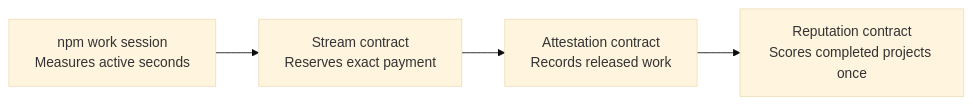
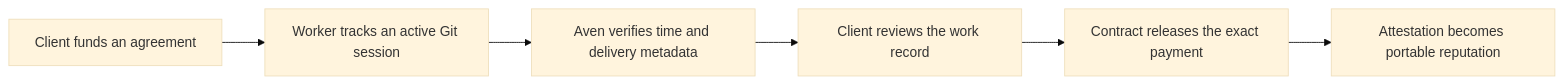
The diagram in README.md (Shivangi-Sharma06/aven), drawn with Mermaid (base theme) before and after one commit. The commit also changed other lines of this file, not shown here.

````diff
--- a/README.md
+++ b/README.md
@@ -11,6 +33,8 @@
 ```mermaid
 flowchart LR
-  A["npm work session<br/>Measures active seconds"] --> B["Stream contract<br/>Reserves exact payment"]
-  B --> C["Attestation contract<br/>Records released work"]
-  C --> D["Reputation contract<br/>Scores completed projects once"]
+  A["Client funds an agreement"] --> B["Worker tracks an active Git session"]
+  B --> C["Aven verifies time and delivery metadata"]
+  C --> D["Client reviews the work record"]
+  D --> E["Contract releases the exact payment"]
+  E --> F["Attestation becomes portable reputation"]
 ```
````
